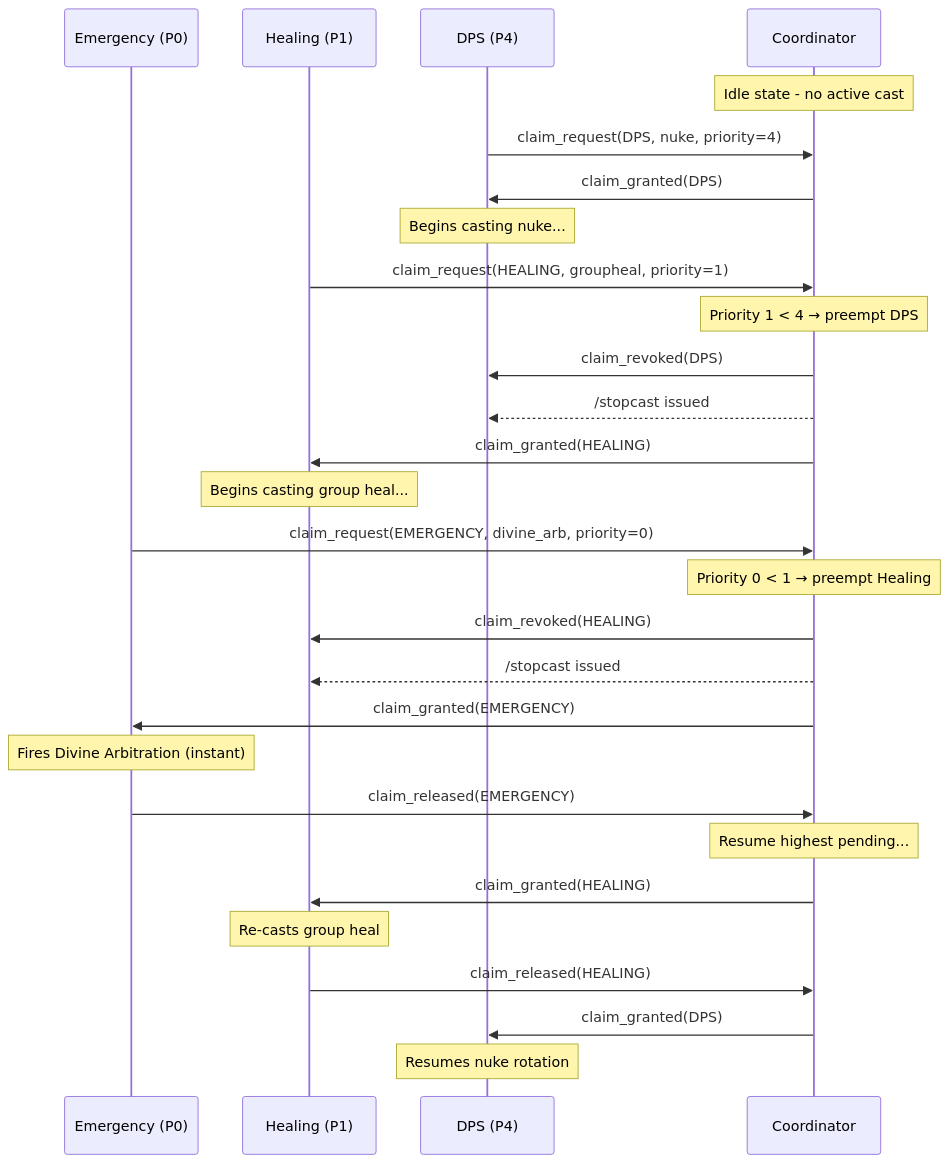
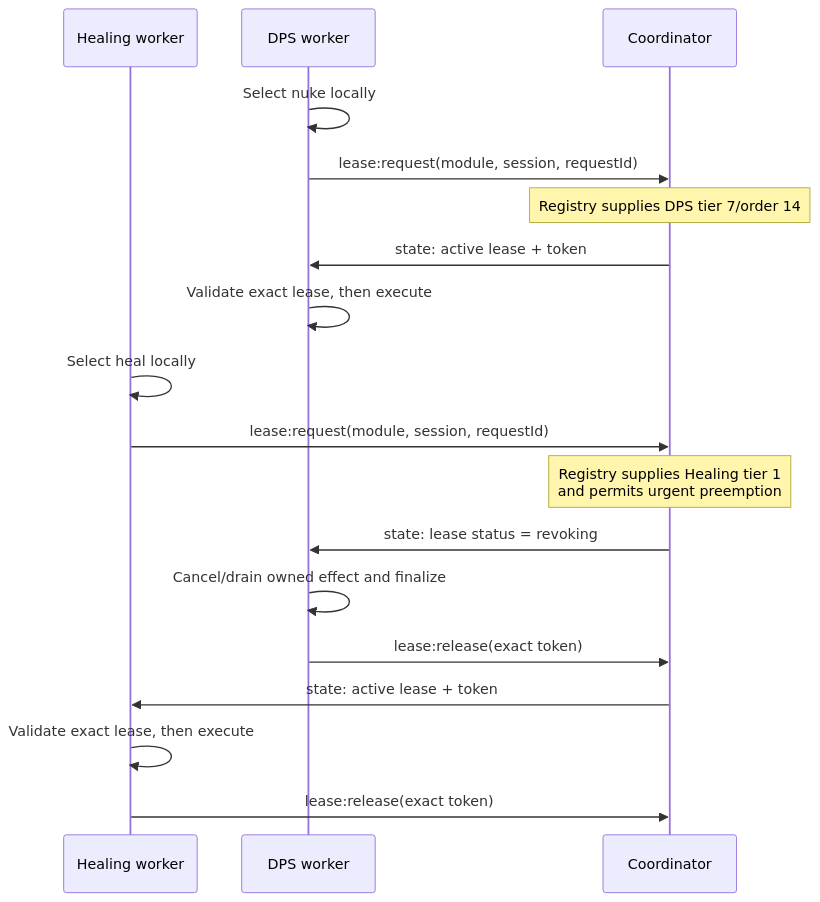
Before and after one commit to daly101010/sidekick-next: the third of 9 diagrams in docs/USER_GUIDE.md, drawn with Mermaid. The commit also changed other lines of this file and 59 other files, not shown here.

````diff
--- a/docs/USER_GUIDE.md
+++ b/docs/USER_GUIDE.md
@@ -714,35 +657,22 @@
 ```mermaid
 sequenceDiagram
-    participant E as Emergency (P0)
-    participant H as Healing (P1)
-    participant D as DPS (P4)
+    participant H as Healing worker
+    participant D as DPS worker
     participant C as Coordinator
 
-    Note over C: Idle state - no active cast
+    D->>D: Select nuke locally
+    D->>C: lease:request(module, session, requestId)
+    Note over C: Registry supplies DPS tier 7/order 14
+    C->>D: state: active lease + token
+    D->>D: Validate exact lease, then execute
 
-    D->>C: claim_request(DPS, nuke, priority=4)
-    C->>D: claim_granted(DPS)
-    Note over D: Begins casting nuke...
-
-    H->>C: claim_request(HEALING, groupheal, priority=1)
-    Note over C: Priority 1 < 4 → preempt DPS
-    C->>D: claim_revoked(DPS)
-    C-->>D: /stopcast issued
-    C->>H: claim_granted(HEALING)
-    Note over H: Begins casting group heal...
-
-    E->>C: claim_request(EMERGENCY, divine_arb, priority=0)
-    Note over C: Priority 0 < 1 → preempt Healing
-    C->>H: claim_revoked(HEALING)
-    C-->>H: /stopcast issued
-    C->>E: claim_granted(EMERGENCY)
-    Note over E: Fires Divine Arbitration (instant)
-    E->>C: claim_released(EMERGENCY)
-
-    Note over C: Resume highest pending...
-    C->>H: claim_granted(HEALING)
-    Note over H: Re-casts group heal
-    H->>C: claim_released(HEALING)
-    C->>D: claim_granted(DPS)
-    Note over D: Resumes nuke rotation
+    H->>H: Select heal locally
+    H->>C: lease:request(module, session, requestId)
+    Note over C: Registry supplies Healing tier 1<br/>and permits urgent preemption
+    C->>D: state: lease status = revoking
+    D->>D: Cancel/drain owned effect and finalize
+    D->>C: lease:release(exact token)
+    C->>H: state: active lease + token
+    H->>H: Validate exact lease, then execute
+    H->>C: lease:release(exact token)
 ```
````
